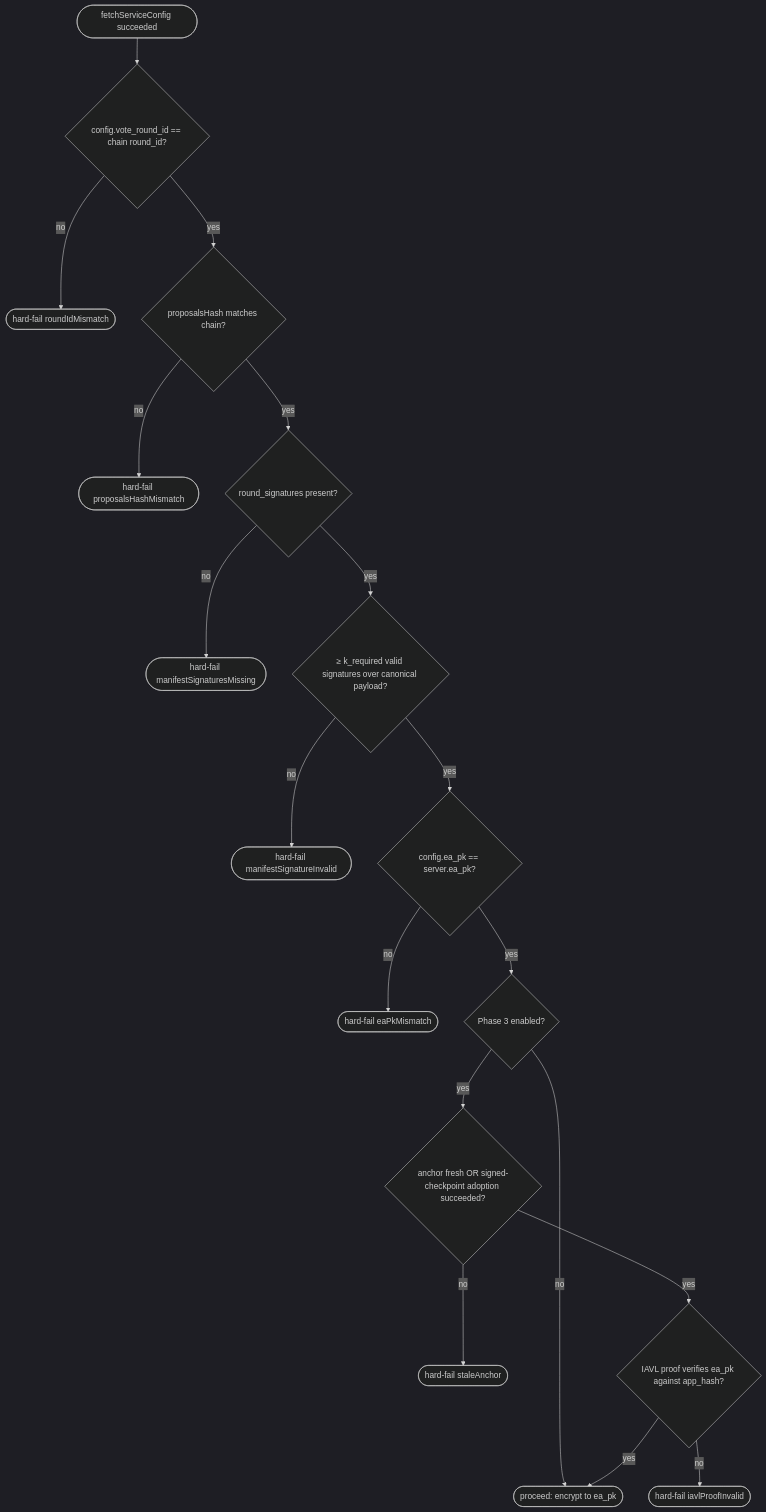
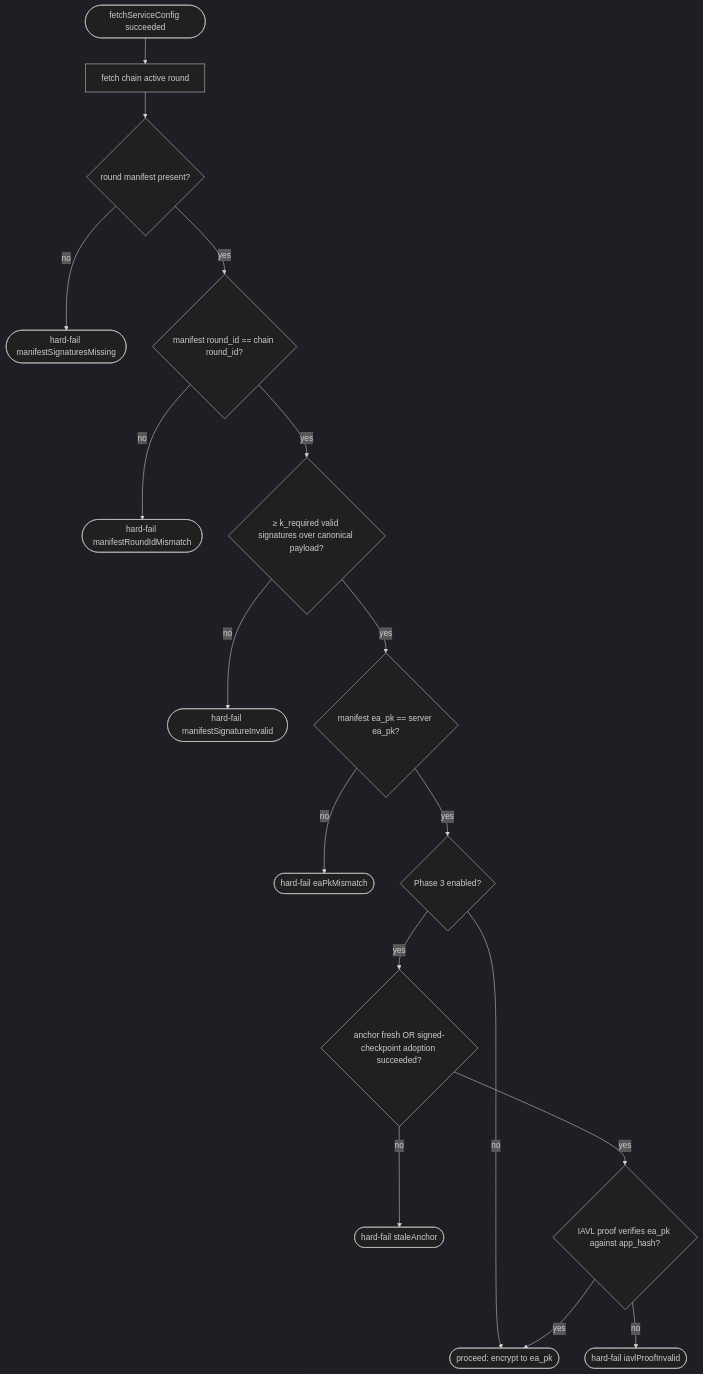
The diagram in docs/config.md (valargroup/vote-sdk), drawn with Mermaid (dark theme) before and after one commit. The commit also changed other lines of this file, not shown here.

First line of the commit message:
Source voting round identity from chain

````diff
--- a/docs/config.md
+++ b/docs/config.md
@@ -210,20 +202,19 @@
 ```mermaid
 flowchart TD
-    start([fetchServiceConfig succeeded]) --> roundIdEq{config.vote_round_id == chain round_id?}
-    roundIdEq -- no --> hardFail([hard-fail roundIdMismatch])
-    roundIdEq -- yes --> hashEq{proposalsHash matches chain?}
-    hashEq -- no --> hardFail2([hard-fail proposalsHashMismatch])
-    hashEq -- yes --> sigsPresent{round_signatures present?}
+    start([fetchServiceConfig succeeded]) --> activeRound[fetch chain active round]
+    activeRound --> sigsPresent{round manifest present?}
     sigsPresent -- no --> hardFail3([hard-fail manifestSignaturesMissing])
-    sigsPresent -- yes --> sigsValid{≥ k_required valid signatures over canonical payload?}
+    sigsPresent -- yes --> roundIdEq{manifest round_id == chain round_id?}
+    roundIdEq -- no --> hardFail([hard-fail manifestRoundIdMismatch])
+    roundIdEq -- yes --> sigsValid{≥ k_required valid signatures over canonical payload?}
     sigsValid -- no --> hardFail4([hard-fail manifestSignatureInvalid])
-    sigsValid -- yes --> eaPkEq{config.ea_pk == server.ea_pk?}
+    sigsValid -- yes --> eaPkEq{manifest ea_pk == server ea_pk?}
     eaPkEq -- no --> hardFail5([hard-fail eaPkMismatch])
     eaPkEq -- yes --> phase3{Phase 3 enabled?}
     phase3 -- no --> proceed([proceed: encrypt to ea_pk])
     phase3 -- yes --> ckpt{anchor fresh OR signed-checkpoint adoption succeeded?}
     ckpt -- no --> hardFail6([hard-fail staleAnchor])
     ckpt -- yes --> iavl{IAVL proof verifies ea_pk against app_hash?}
     iavl -- no --> hardFail7([hard-fail iavlProofInvalid])
     iavl -- yes --> proceed
 ```
````
